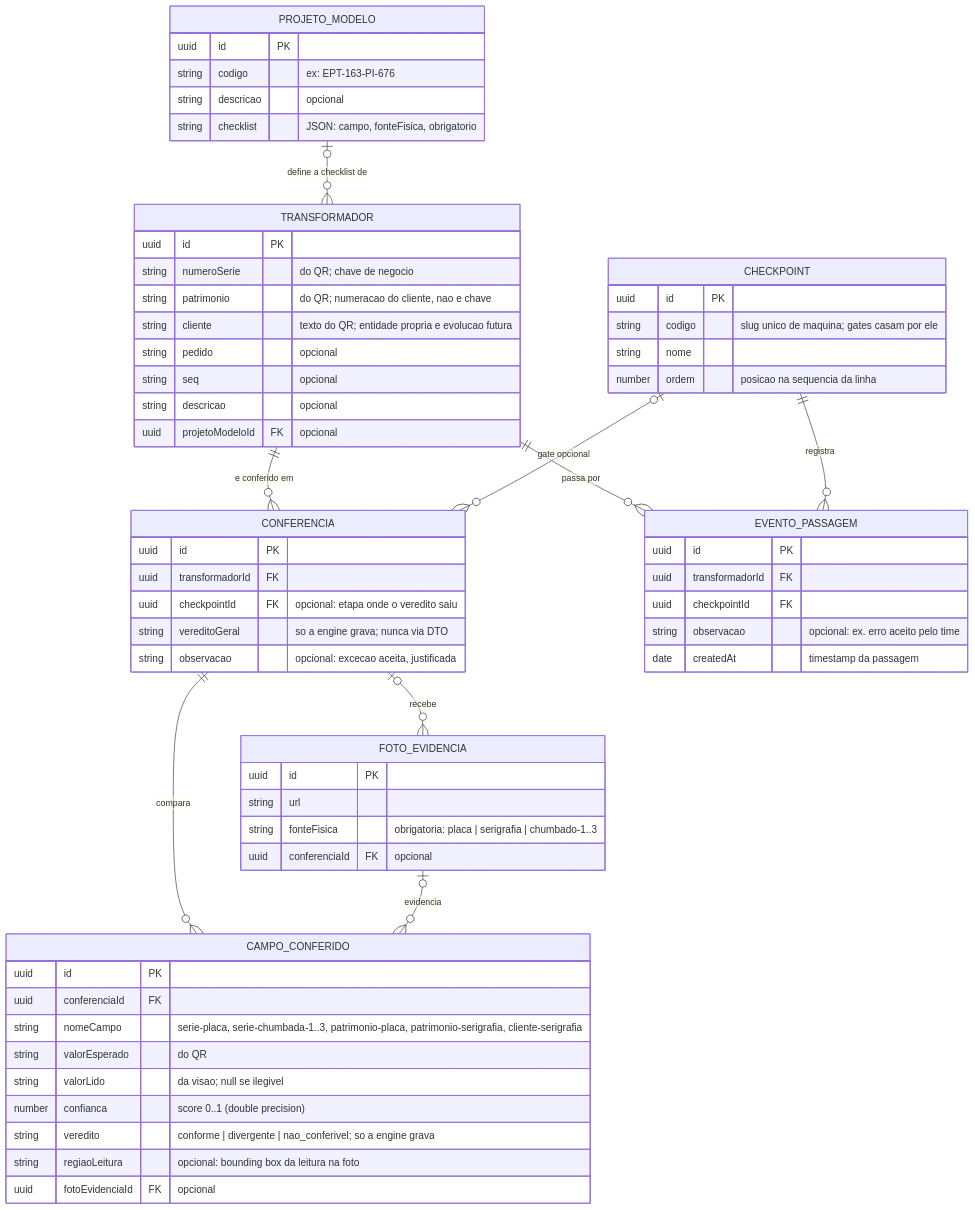
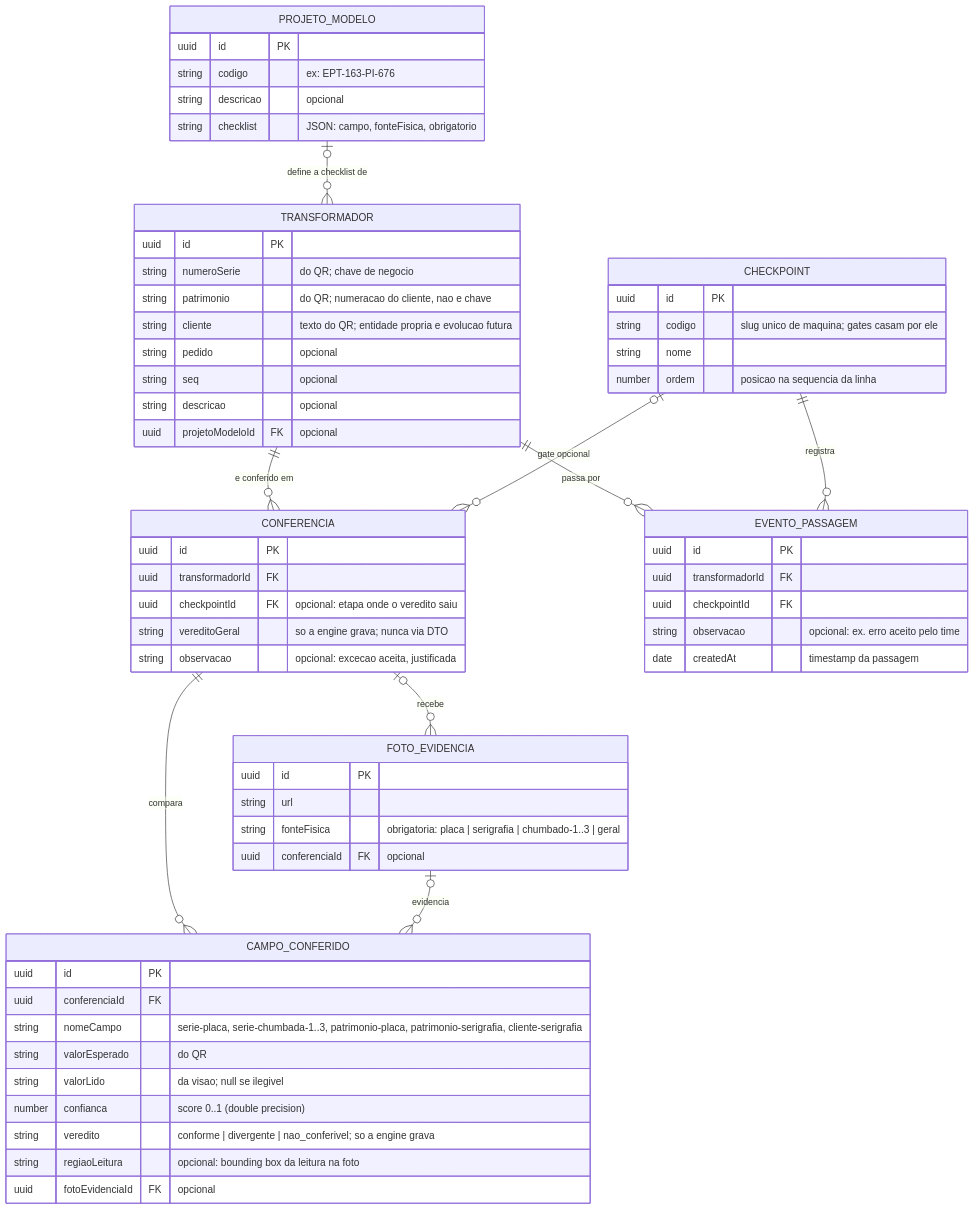
The first of 2 diagrams in SPEC.md (vctorgriggi/HackStars-Equipe3), drawn with Mermaid before and after one commit. The commit also changed other lines of this file and 12 other files, not shown here.

````diff
--- a/SPEC.md
+++ b/SPEC.md
@@ -80,65 +80,65 @@
 ```mermaid
 erDiagram
     PROJETO_MODELO |o--o{ TRANSFORMADOR : "define a checklist de"
     TRANSFORMADOR ||--o{ CONFERENCIA : "e conferido em"
     TRANSFORMADOR ||--o{ EVENTO_PASSAGEM : "passa por"
     CHECKPOINT ||--o{ EVENTO_PASSAGEM : "registra"
     CHECKPOINT |o--o{ CONFERENCIA : "gate opcional"
     CONFERENCIA ||--o{ CAMPO_CONFERIDO : "compara"
     CONFERENCIA |o--o{ FOTO_EVIDENCIA : "recebe"
     FOTO_EVIDENCIA |o--o{ CAMPO_CONFERIDO : "evidencia"
 
     PROJETO_MODELO {
         uuid id PK
         string codigo "ex: EPT-163-PI-676"
         string descricao "opcional"
         string checklist "JSON: campo, fonteFisica, obrigatorio"
     }
     TRANSFORMADOR {
         uuid id PK
         string numeroSerie "do QR; chave de negocio"
         string patrimonio "do QR; numeracao do cliente, nao e chave"
         string cliente "texto do QR; entidade propria e evolucao futura"
         string pedido "opcional"
         string seq "opcional"
         string descricao "opcional"
         uuid projetoModeloId FK "opcional"
     }
     CHECKPOINT {
         uuid id PK
         string codigo "slug unico de maquina; gates casam por ele"
         string nome
         number ordem "posicao na sequencia da linha"
     }
     CONFERENCIA {
         uuid id PK
         uuid transformadorId FK
         uuid checkpointId FK "opcional: etapa onde o veredito saiu"
         string vereditoGeral "so a engine grava; nunca via DTO"
         string observacao "opcional: excecao aceita, justificada"
     }
     CAMPO_CONFERIDO {
         uuid id PK
         uuid conferenciaId FK
         string nomeCampo "serie-placa, serie-chumbada-1..3, patrimonio-placa, patrimonio-serigrafia, cliente-serigrafia"
         string valorEsperado "do QR"
         string valorLido "da visao; null se ilegivel"
         number confianca "score 0..1 (double precision)"
         string veredito "conforme | divergente | nao_conferivel; so a engine grava"
         string regiaoLeitura "opcional: bounding box da leitura na foto"
         uuid fotoEvidenciaId FK "opcional"
     }
     FOTO_EVIDENCIA {
         uuid id PK
         string url
-        string fonteFisica "obrigatoria: placa | serigrafia | chumbado-1..3"
+        string fonteFisica "obrigatoria: placa | serigrafia | chumbado-1..3 | geral"
         uuid conferenciaId FK "opcional"
     }
     EVENTO_PASSAGEM {
         uuid id PK
         uuid transformadorId FK
         uuid checkpointId FK
         string observacao "opcional: ex. erro aceito pelo time"
         date createdAt "timestamp da passagem"
     }
 ```
````
